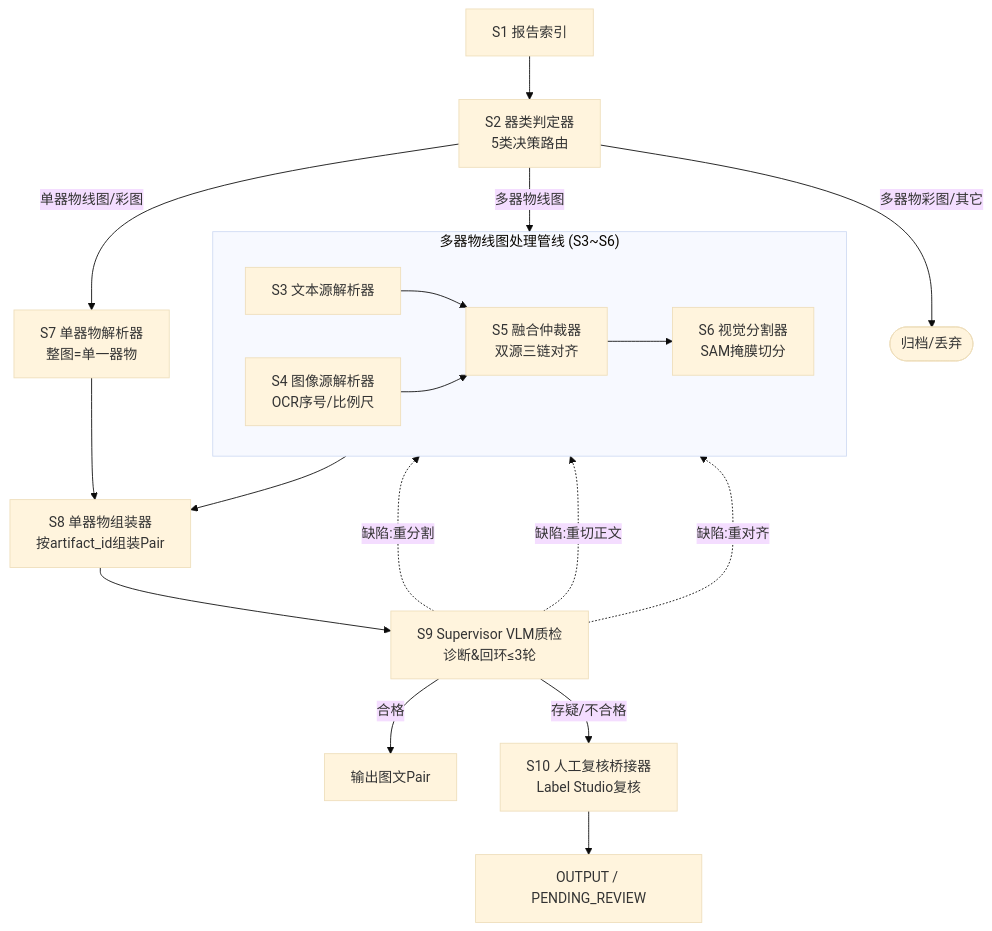
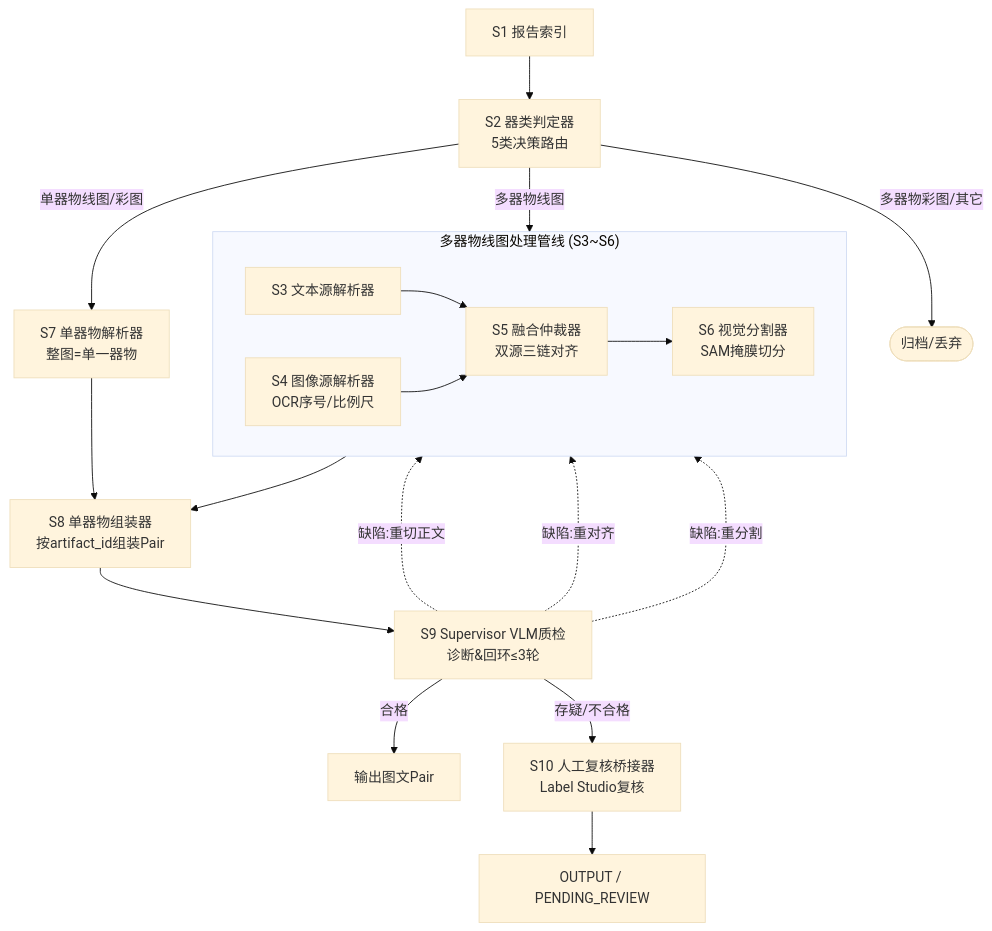
The diagram in README.md (qilichao1106/ArchaeoPairs), drawn with Mermaid (base theme) before and after one commit. The commit also changed other lines of this file, not shown here.

Commit message:
更新架构图

````diff
--- a/README.md
+++ b/README.md
@@ -9,22 +9,22 @@
 ```mermaid
 graph TD
   S1[S1 报告索引] --> S2[S2 器类判定器<br>5类决策路由]
   S2 -->|单器物线图/彩图| S7[S7 单器物解析器<br>整图=单一器物]
   S2 -->|多器物线图| MT[🔄 多器物线图处理管线 S3~S6]
   S2 -->|多器物彩图/其它| AR([归档/丢弃])
   subgraph MT ["多器物线图处理管线 (S3~S6)"]
     direction LR
     S3[S3 文本源解析器] --> S5[S5 融合仲裁器<br>双源三链对齐]
     S4[S4 图像源解析器<br>OCR序号/比例尺] --> S5
     S5 --> S6[S6 视觉分割器<br>SAM掩膜切分]
   end
   S7 --> S8[S8 单器物组装器<br>按artifact_id组装Pair]
   S6 --> S8
   S8 --> S9[S9 Supervisor VLM质检<br>诊断&回环≤3轮]
   S9 -->|合格| O[输出图文Pair]
-  S9 -.->|缺陷:重分割| S6
   S9 -.->|缺陷:重切正文| S3
   S9 -.->|缺陷:重对齐| S4
+  S9 -.->|缺陷:重分割| S6
   S9 -->|存疑/不合格| S10[S10 人工复核桥接器<br>Label Studio复核]
   S10 --> OUT[OUTPUT / PENDING_REVIEW]
 ```
````
